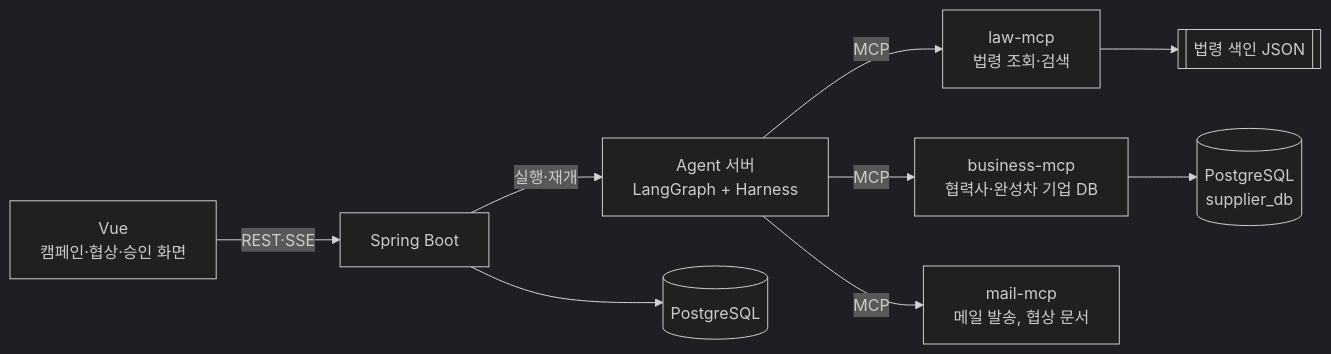
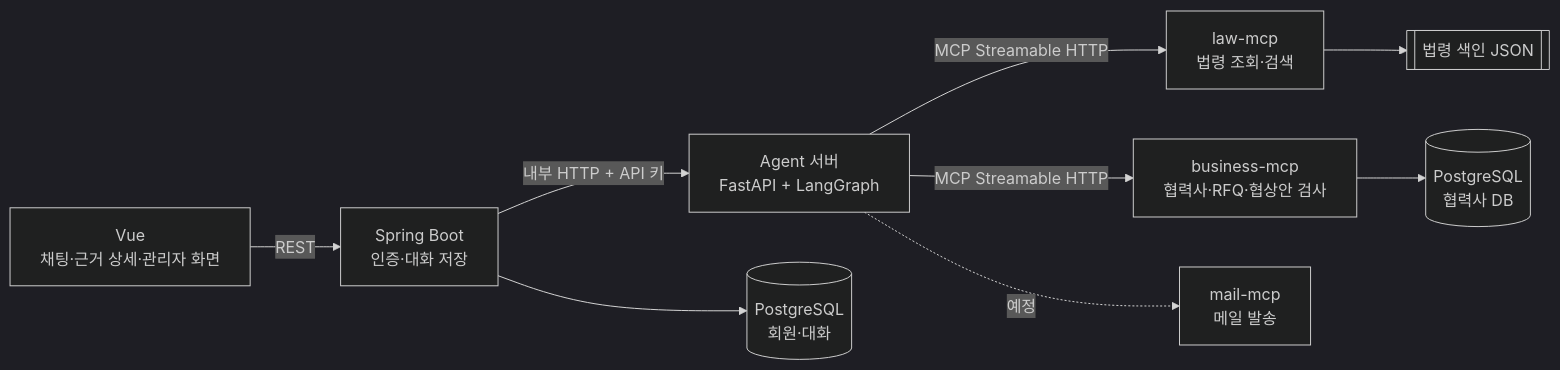
Before and after one commit to NegoPilot/NegoPilot: the first of 2 diagrams in README.md, drawn with Mermaid (dark theme). The commit also changed other lines of this file, not shown here.

````diff
--- a/README.md
+++ b/README.md
@@ -38,11 +58,11 @@
 ```mermaid
 flowchart LR
-  FE[Vue<br/>캠페인·협상·승인 화면] -->|REST·SSE| BE[Spring Boot]
-  BE -->|실행·재개| AG[Agent 서버<br/>LangGraph + Harness]
-  AG -->|MCP| LAW[law-mcp<br/>법령 조회·검색]
-  AG -->|MCP| BIZ[business-mcp<br/>협력사·완성차 기업 DB]
-  AG -->|MCP| MAIL[mail-mcp<br/>메일 발송, 협상 문서]
-  BIZ --> BDB[(PostgreSQL<br/>supplier_db)]
+  FE[Vue<br/>채팅·근거 상세·관리자 화면] -->|REST| BE[Spring Boot<br/>인증·대화 저장]
+  BE -->|내부 HTTP + API 키| AG[Agent 서버<br/>FastAPI + LangGraph]
+  AG -->|MCP Streamable HTTP| LAW[law-mcp<br/>법령 조회·검색]
+  AG -->|MCP Streamable HTTP| BIZ[business-mcp<br/>협력사·RFQ·협상안 검사]
+  AG -.->|예정| MAIL[mail-mcp<br/>메일 발송]
+  BIZ --> BDB[(PostgreSQL<br/>협력사 DB)]
   LAW --> IDX[[법령 색인 JSON]]
-  BE --> PG[(PostgreSQL)]
+  BE --> PG[(PostgreSQL<br/>회원·대화)]
 ```
````
